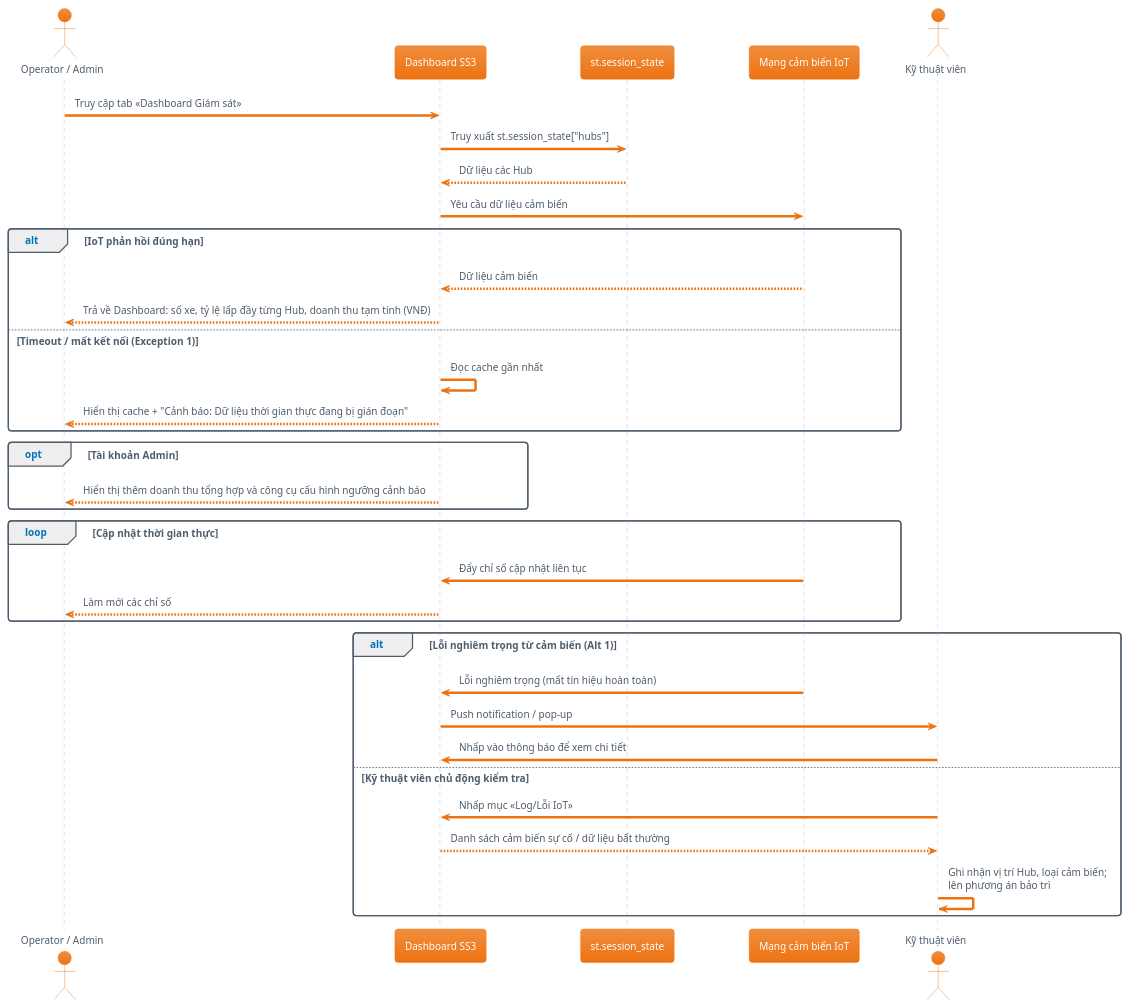
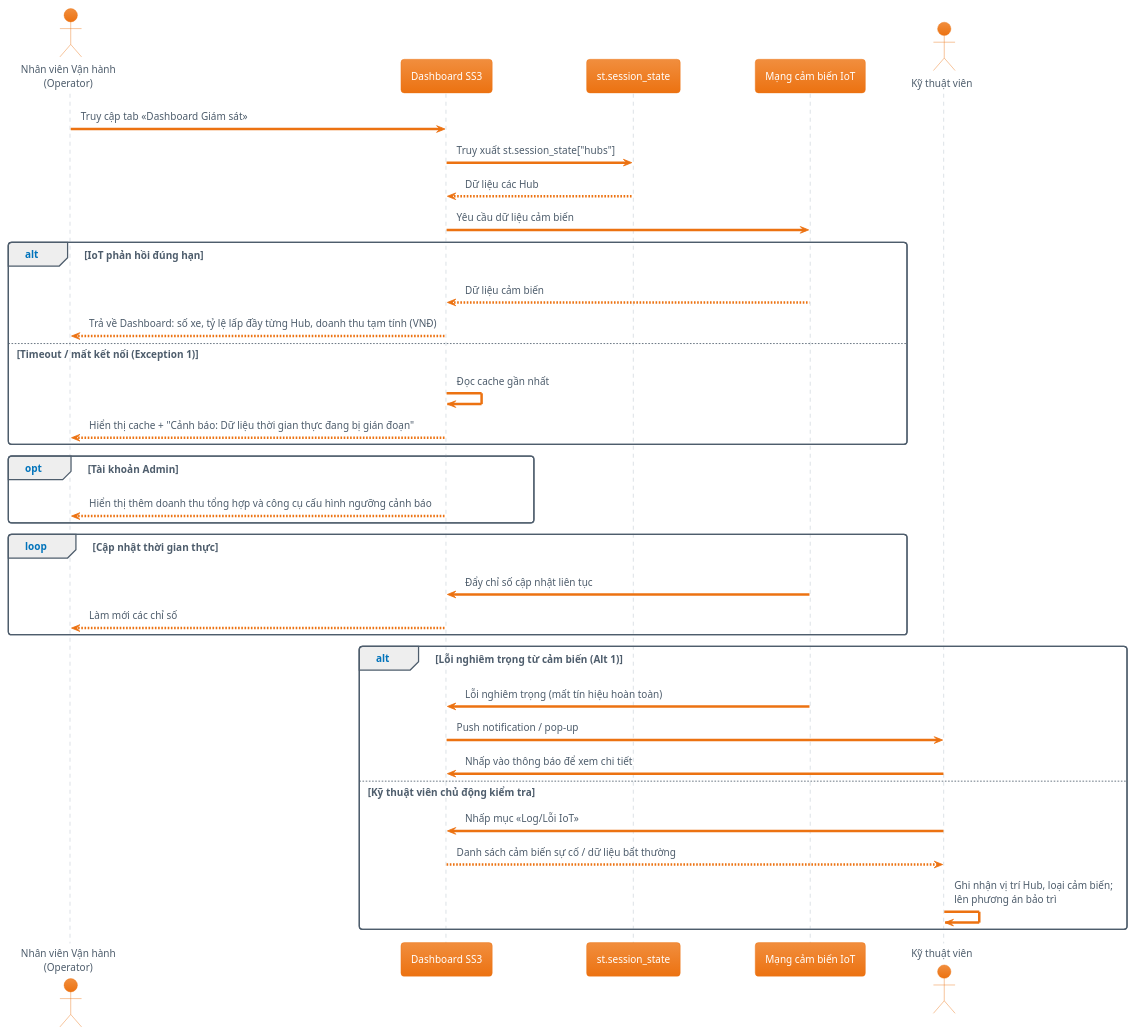
The diagram in docs/diagrams/Use-case detail-scenario/SS3/Sequence diagrams/UC_SS3_01_PhamTienDat_sequence.puml (Dat-nguyen195/BTL_1_CNPM), drawn with PlantUML before and after one commit. The commit also changed 2 other files, not shown here.

```diff
--- a/docs/diagrams/Use-case detail-scenario/SS3/Sequence diagrams/UC_SS3_01_PhamTienDat_sequence.puml
+++ b/docs/diagrams/Use-case detail-scenario/SS3/Sequence diagrams/UC_SS3_01_PhamTienDat_sequence.puml
@@ -1,40 +1,40 @@
 @startuml
 !theme aws-orange
-actor "Operator / Admin" as Op
+actor "Nhân viên Vận hành\n(Operator)" as Op
 participant "Dashboard SS3" as UI
 participant "st.session_state" as SS
 participant "Mạng cảm biến IoT" as IoT
 actor "Kỹ thuật viên" as Tech
 
 Op -> UI: Truy cập tab «Dashboard Giám sát»
 UI -> SS: Truy xuất st.session_state["hubs"]
 SS --> UI: Dữ liệu các Hub
 UI -> IoT: Yêu cầu dữ liệu cảm biến
 
 alt IoT phản hồi đúng hạn
     IoT --> UI: Dữ liệu cảm biến
     UI --> Op: Trả về Dashboard: số xe, tỷ lệ lấp đầy từng Hub, doanh thu tạm tính (VNĐ)
 else Timeout / mất kết nối (Exception 1)
     UI -> UI: Đọc cache gần nhất
     UI --> Op: Hiển thị cache + "Cảnh báo: Dữ liệu thời gian thực đang bị gián đoạn"
 end
 
 opt Tài khoản Admin
     UI --> Op: Hiển thị thêm doanh thu tổng hợp và công cụ cấu hình ngưỡng cảnh báo
 end
 
 loop Cập nhật thời gian thực
     IoT -> UI: Đẩy chỉ số cập nhật liên tục
     UI --> Op: Làm mới các chỉ số
 end
 
 alt Lỗi nghiêm trọng từ cảm biến (Alt 1)
     IoT -> UI: Lỗi nghiêm trọng (mất tín hiệu hoàn toàn)
     UI -> Tech: Push notification / pop-up
     Tech -> UI: Nhấp vào thông báo để xem chi tiết
 else Kỹ thuật viên chủ động kiểm tra
     Tech -> UI: Nhấp mục «Log/Lỗi IoT»
     UI --> Tech: Danh sách cảm biến sự cố / dữ liệu bất thường
     Tech -> Tech: Ghi nhận vị trí Hub, loại cảm biến;\nlên phương án bảo trì
 end
 @enduml
```
